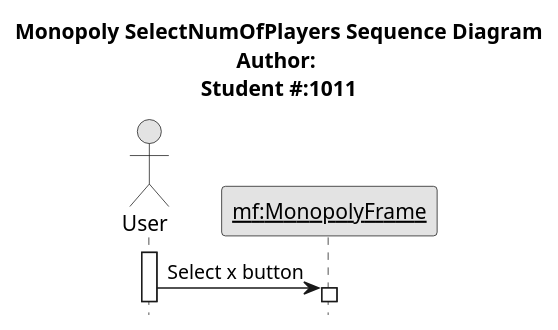
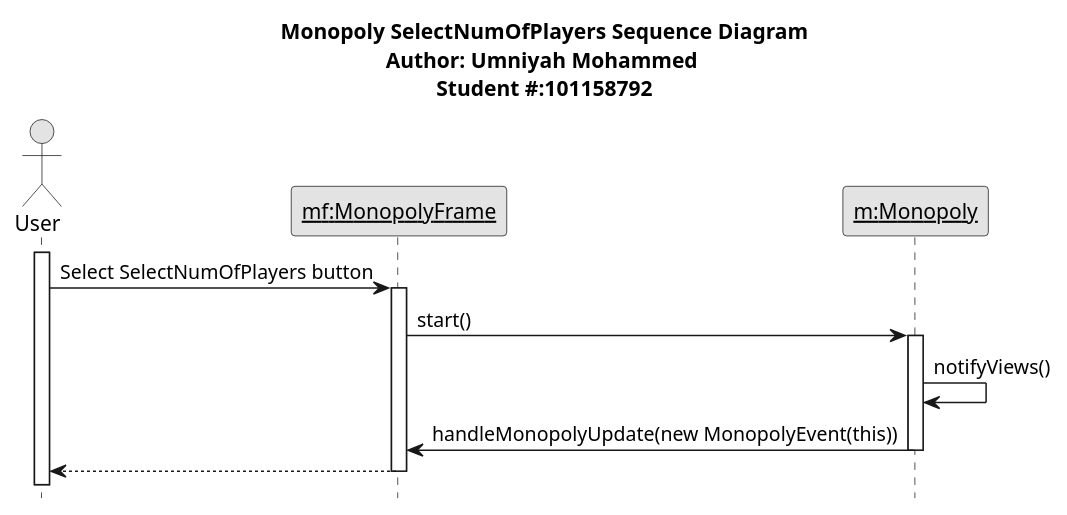
Before and after one commit to MiniEinsteinD/MonopolyGame: the diagram in src/Monopoly SelectNumOfPlayers Sequence Diagram.puml, drawn with PlantUML. The commit also changed 3 other files, not shown here.

Commit message:
SelectNumOfPlayers

```diff
--- a/src/Monopoly SelectNumOfPlayers Sequence Diagram.puml
+++ b/src/Monopoly SelectNumOfPlayers Sequence Diagram.puml
@@ -1,15 +1,26 @@
 @startuml Monopoly SelectNumOfPlayers Sequence Diagram
 
-title Monopoly SelectNumOfPlayers Sequence Diagram\nAuthor: \nStudent #:1011
+title Monopoly SelectNumOfPlayers Sequence Diagram\nAuthor: Umniyah Mohammed \nStudent #:101158792
 
 hide footbox
 skinparam monochrome true
 
 actor User as User
 participant "<u>mf:MonopolyFrame" as mf
+participant "<u>m:Monopoly" as m
 
 activate User
-User -> mf: Select x button
+
+User -> mf: Select SelectNumOfPlayers button
 activate mf
 
+mf -> m: start()
+activate m
+
+m -> m: notifyViews()
+m -> mf: handleMonopolyUpdate(new MonopolyEvent(this))
+deactivate m
+
+mf --> User
+deactivate mf
 @enduml
```
